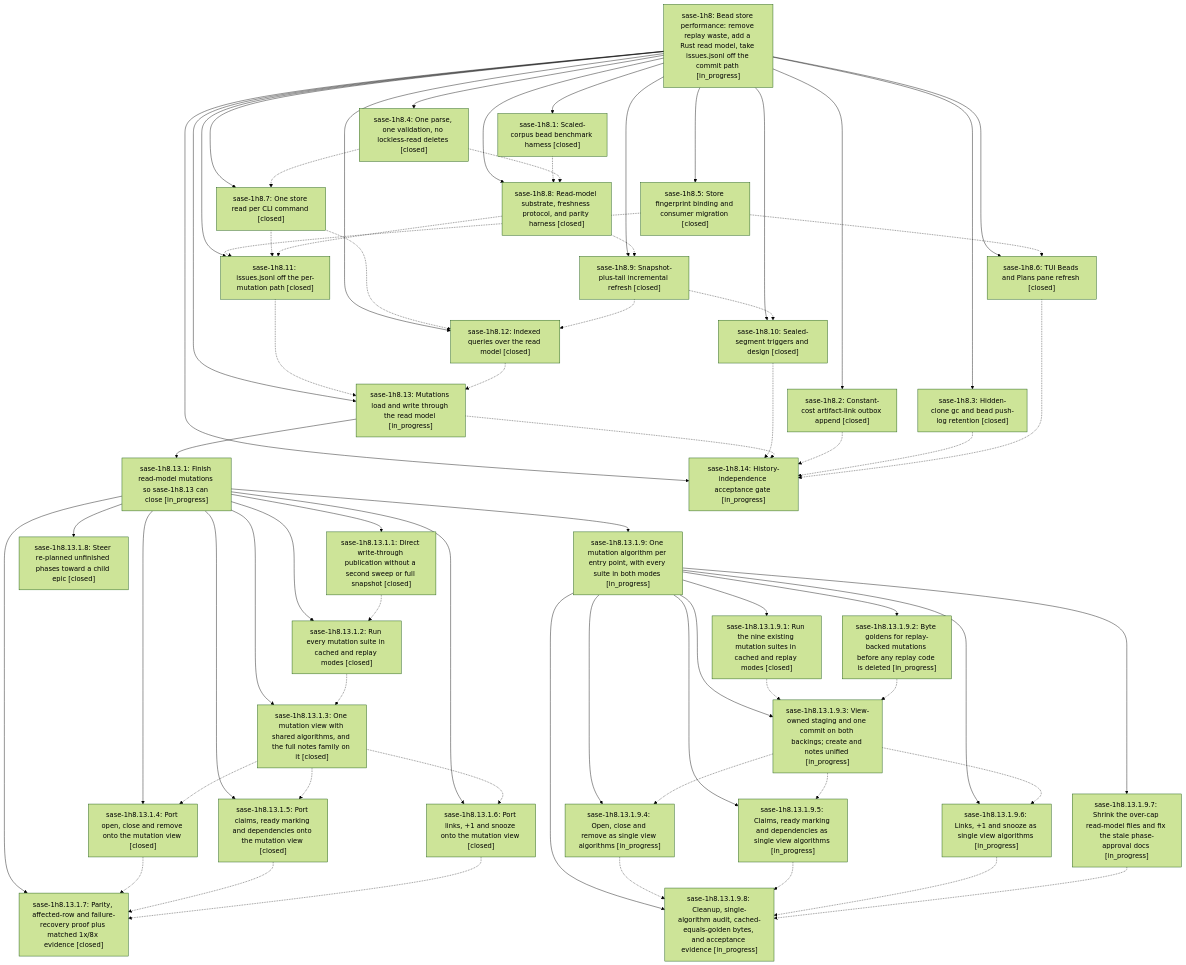
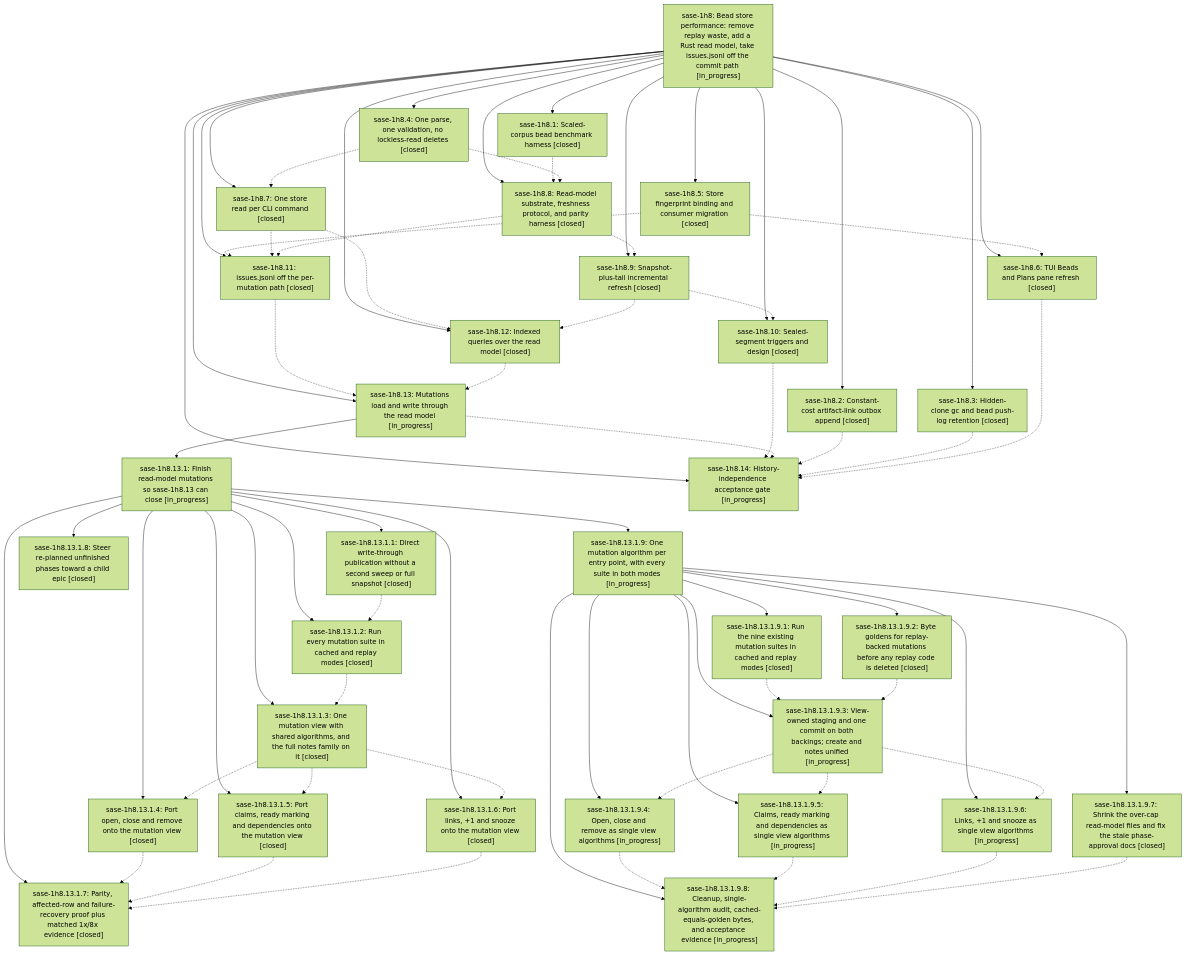
Before and after one commit to sase-org/sase--beads: the diagram in pages/sase-1h8/README.md, drawn with Mermaid (forest theme). The commit also changed other lines of this file and 6 other files, not shown here.

```diff
--- a/pages/sase-1h8/README.md
+++ b/pages/sase-1h8/README.md
@@ -79,12 +79,12 @@
     n14["sase-1h8.13.1.8: Steer re-planned unfinished phases toward a child epic [closed]"]
     n15["sase-1h8.13.1.9: One mutation algorithm per entry point, with every suite in both modes [in_progress]"]
     n16["sase-1h8.13.1.9.1: Run the nine existing mutation suites in cached and replay modes [closed]"]
-    n17["sase-1h8.13.1.9.2: Byte goldens for replay-backed mutations before any replay code is deleted [in_progress]"]
+    n17["sase-1h8.13.1.9.2: Byte goldens for replay-backed mutations before any replay code is deleted [closed]"]
     n18["sase-1h8.13.1.9.3: View-owned staging and one commit on both backings; create and notes unified [in_progress]"]
     n19["sase-1h8.13.1.9.4: Open, close and remove as single view algorithms [in_progress]"]
     n20["sase-1h8.13.1.9.5: Claims, ready marking and dependencies as single view algorithms [in_progress]"]
     n21["sase-1h8.13.1.9.6: Links, +1 and snooze as single view algorithms [in_progress]"]
-    n22["sase-1h8.13.1.9.7: Shrink the over-cap read-model files and fix the stale phase-approval docs [in_progress]"]
+    n22["sase-1h8.13.1.9.7: Shrink the over-cap read-model files and fix the stale phase-approval docs [closed]"]
     n23["sase-1h8.13.1.9.8: Cleanup, single-algorithm audit, cached-equals-golden bytes, and acceptance evidence [in_progress]"]
     n24["sase-1h8.14: History-independence acceptance gate [in_progress]"]
     n25["sase-1h8.2: Constant-cost artifact-link outbox append [closed]"]
```
